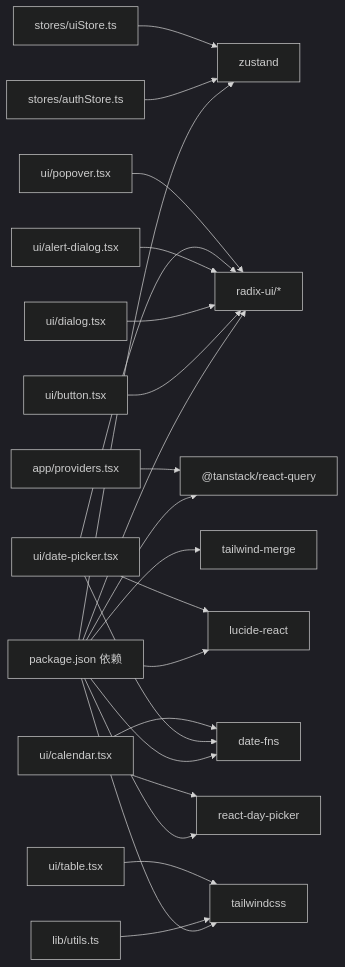
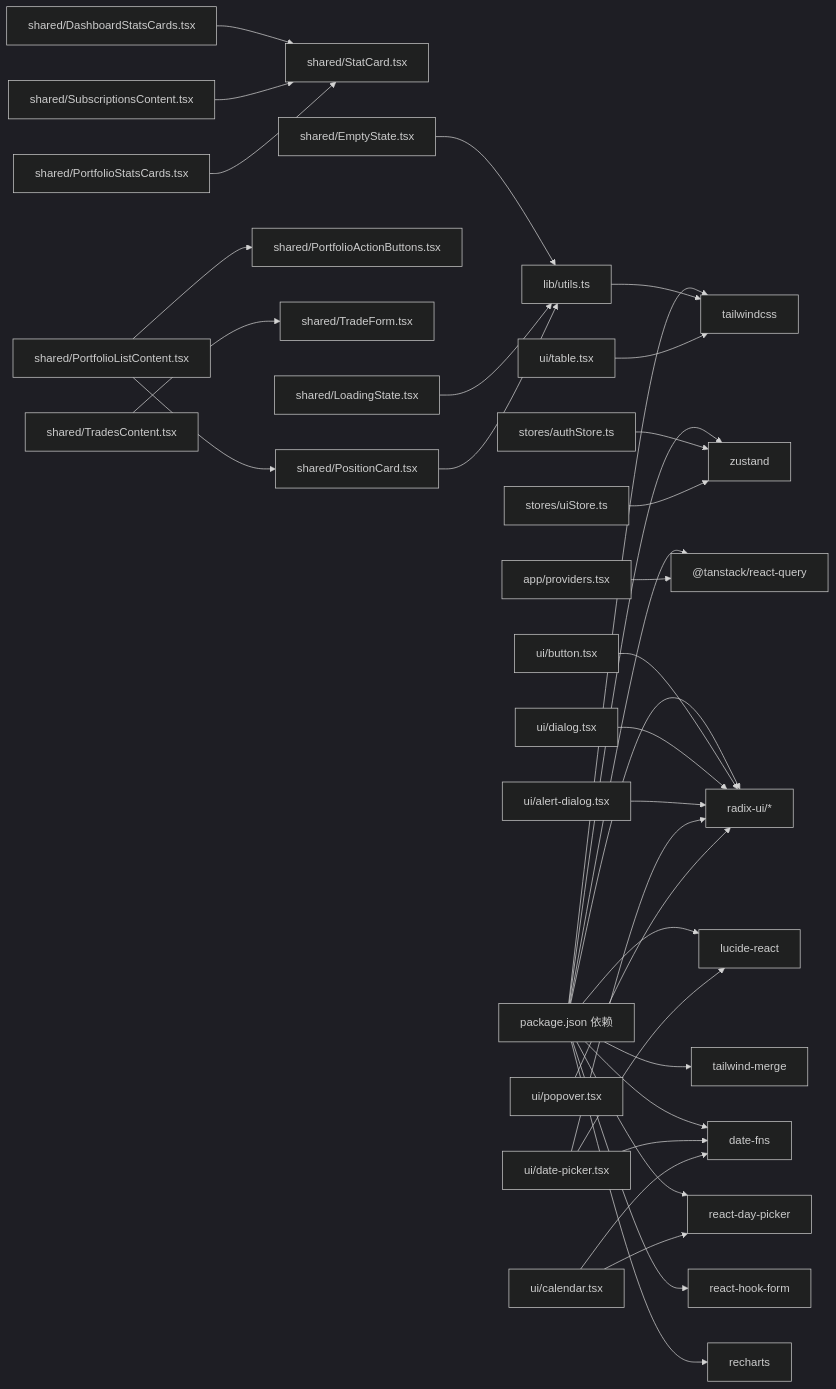
The eighth of 8 diagrams in .qoder/repowiki/zh/content/前端应用架构/组件系统架构/组件系统架构.md (gujialind/InvestRing), drawn with Mermaid (dark theme) before and after one commit. The commit also changed other lines of this file and 39 other files, not shown here.

````diff
--- a/.qoder/repowiki/zh/content/前端应用架构/组件系统架构/组件系统架构.md
+++ b/.qoder/repowiki/zh/content/前端应用架构/组件系统架构/组件系统架构.md
@@ -475,25 +676,36 @@
 ```mermaid
 graph LR
 package["package.json 依赖"] --> zustand["zustand"]
 package --> reactquery["@tanstack/react-query"]
 package --> radix["radix-ui/*"]
 package --> lucide["lucide-react"]
 package --> tailwind["tailwindcss"]
 package --> merge["tailwind-merge"]
 package --> datefns["date-fns"]
 package --> daypicker["react-day-picker"]
+package --> hookform["react-hook-form"]
+package --> recharts["recharts"]
 utils["lib/utils.ts"] --> tailwind
 button["ui/button.tsx"] --> radix
 table["ui/table.tsx"] --> tailwind
 dialog["ui/dialog.tsx"] --> radix
 alertDialog["ui/alert-dialog.tsx"] --> radix
 datePicker["ui/date-picker.tsx"] --> datefns
 datePicker --> lucide
 datePicker --> radix
 calendar["ui/calendar.tsx"] --> daypicker
 calendar --> datefns
 popover["ui/popover.tsx"] --> radix
 providers["app/providers.tsx"] --> reactquery
 authStore["stores/authStore.ts"] --> zustand
 uiStore["stores/uiStore.ts"] --> zustand
+dashboardStatsCards["shared/DashboardStatsCards.tsx"] --> statCard["shared/StatCard.tsx"]
+portfolioListContent["shared/PortfolioListContent.tsx"] --> positionCard["shared/PositionCard.tsx"]
+portfolioListContent --> portfolioActionButtons["shared/PortfolioActionButtons.tsx"]
+tradesContent["shared/TradesContent.tsx"] --> tradeForm["shared/TradeForm.tsx"]
+subscriptionsContent["shared/SubscriptionsContent.tsx"] --> statCard
+portfolioStatsCards["shared/PortfolioStatsCards.tsx"] --> statCard
+emptyState["shared/EmptyState.tsx"] --> utils
+loadingState["shared/LoadingState.tsx"] --> utils
+positionCard --> utils
 ```
````
